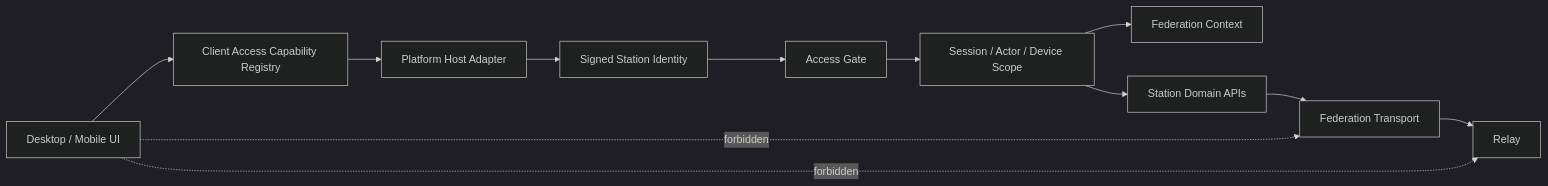
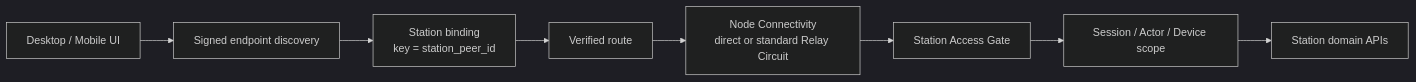
Before and after one commit to peers-labs/peers-touch: the diagram in docs/architecture/platform/station/access/design.md, drawn with Mermaid (dark theme). The commit also changed other lines of this file and 1738 other files, not shown here.

First line of the commit message:
feat(station): consolidate usable Relay and logical Station runtime (#141)

````diff
--- a/docs/architecture/platform/station/access/design.md
+++ b/docs/architecture/platform/station/access/design.md
@@ -23,26 +27,19 @@
 ```mermaid
 flowchart LR
     UI["Desktop / Mobile UI"]
-    CAP["Client Access Capability Registry"]
-    HOST["Platform Host Adapter"]
-    ID["Signed Station Identity"]
-    GATE["Access Gate"]
-    SCOPE["Session / Actor / Device Scope"]
-    FED["Federation Context"]
-    DOMAIN["Station Domain APIs"]
-    TRANSPORT["Federation Transport"]
-    RELAY["Relay"]
+    DISC["Signed endpoint discovery"]
+    BIND["Station binding\nkey = station_peer_id"]
+    ROUTE["Verified route"]
+    GATE["Station Access Gate"]
+    SCOPE["Session / Actor / Device scope"]
+    DOMAIN["Station domain APIs"]
+    NODE["Node Connectivity\ndirect or standard Relay Circuit"]
 
-    UI --> CAP
-    CAP --> HOST
-    HOST --> ID
-    ID --> GATE
+    UI --> DISC
+    DISC --> BIND
+    BIND --> ROUTE
+    ROUTE --> NODE
+    NODE --> GATE
     GATE --> SCOPE
-    SCOPE --> FED
     SCOPE --> DOMAIN
-    DOMAIN --> TRANSPORT
-    TRANSPORT --> RELAY
-
-    UI -. forbidden .-> RELAY
-    UI -. forbidden .-> TRANSPORT
 ```
````
